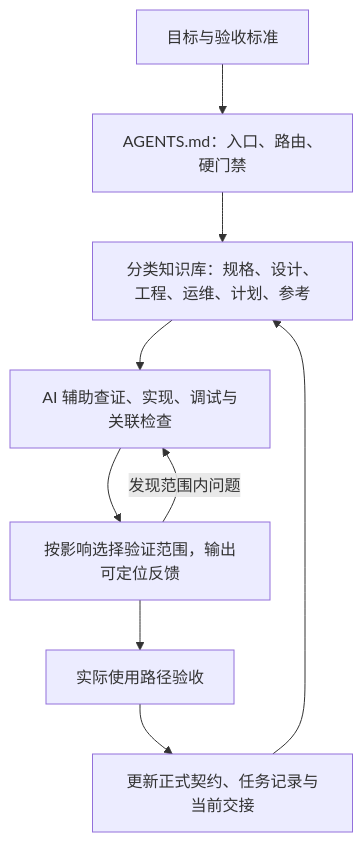
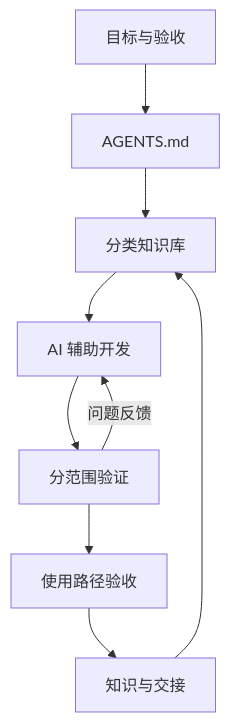
One commit to JNchen7/scada-harness-engineering changed the diagram in README.md. Above: the diagram before and after it, drawn with Mermaid. The commit also changed other lines of this file and 5 other files, not shown here.

Commit message:
docs: keep diagram labels compact and readable

````diff
--- a/README.md
+++ b/README.md
@@ -39,11 +39,11 @@
 ```mermaid
 flowchart TB
-    U["目标与验收标准"] --> A["AGENTS.md：入口、路由、硬门禁"]
-    A --> K["分类知识库：规格、设计、工程、运维、计划、参考"]
-    K --> C["AI 辅助查证、实现、调试与关联检查"]
-    C --> V["按影响选择验证范围，输出可定位反馈"]
-    V -->|"发现范围内问题"| C
-    V --> E["实际使用路径验收"]
-    E --> D["更新正式契约、任务记录与当前交接"]
+    U["目标与验收"] --> A["AGENTS.md"]
+    A --> K["分类知识库"]
+    K --> C["AI 辅助开发"]
+    C --> V["分范围验证"]
+    V -->|"问题反馈"| C
+    V --> E["使用路径验收"]
+    E --> D["知识与交接"]
     D --> K
 ```
````
